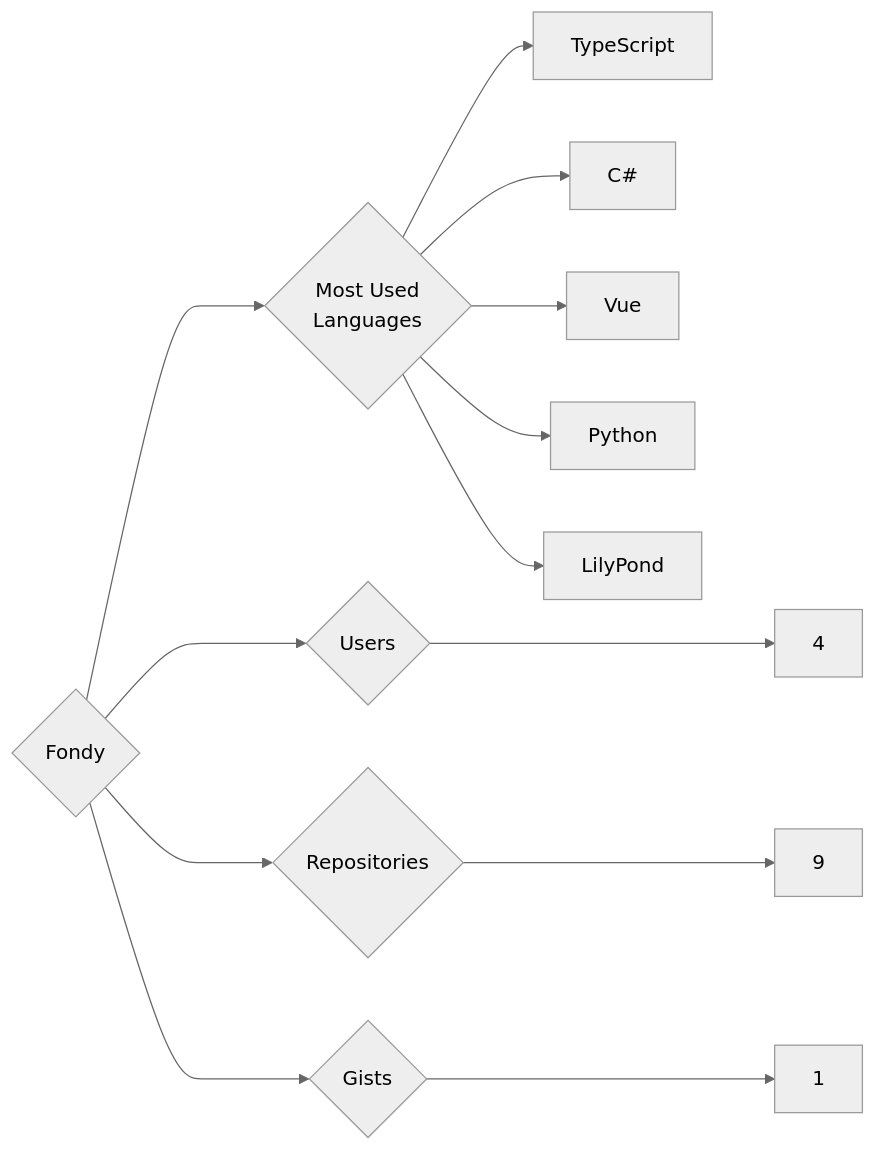
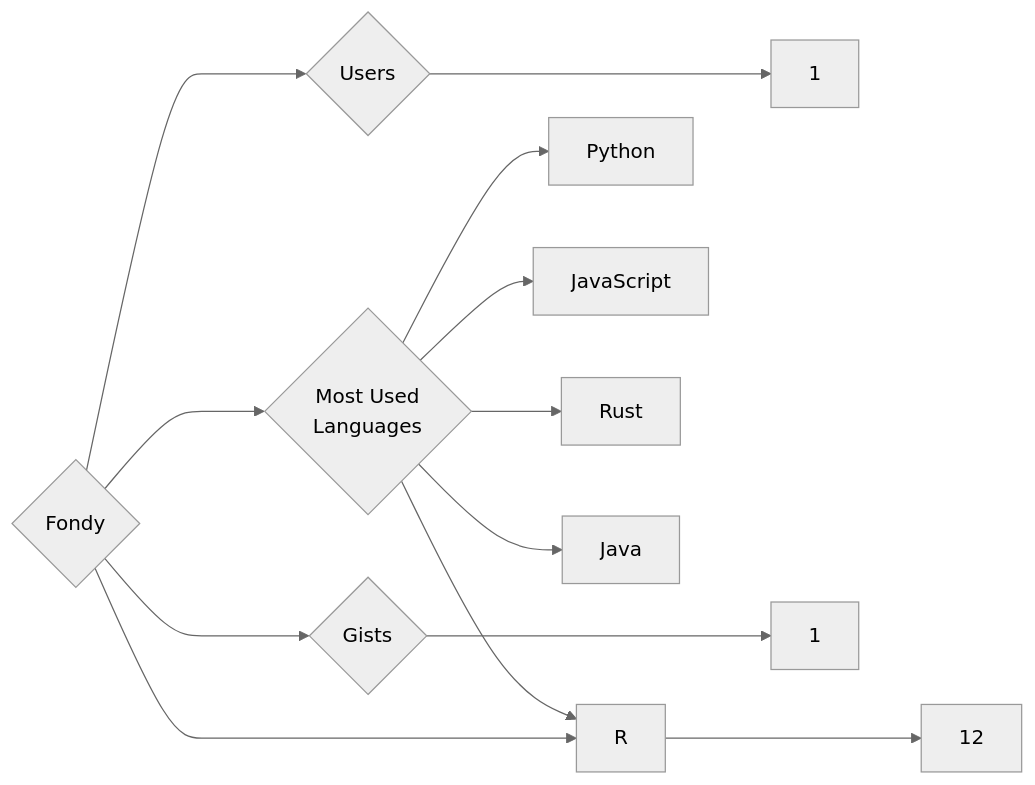
Before and after one commit to trickest/insiders: the diagram in targets/Fondy/README.md, drawn with Mermaid (neutral theme). The commit also changed 857 other files, not shown here.

````diff
--- a/targets/Fondy/README.md
+++ b/targets/Fondy/README.md
@@ -3,13 +3,13 @@
 ```mermaid
 graph LR
 COMPANY_NAME{Fondy}
-COMPANY_NAME ---> U{Users} ---> UN[4]
-COMPANY_NAME ---> R{Repositories} ---> RN[9]
+COMPANY_NAME ---> U{Users} ---> UN[1]
+COMPANY_NAME ---> R{Repositories} ---> RN[12]
 COMPANY_NAME ---> G{Gists} ---> GN[1]
 COMPANY_NAME ---> ML{Most Used<br>Languages}
-ML --> TypeScript[TypeScript]
-ML --> C#[C#]
-ML --> Vue[Vue]
 ML --> Python[Python]
-ML --> LilyPond[LilyPond]
+ML --> JavaScript[JavaScript]
+ML --> Rust[Rust]
+ML --> R[R]
+ML --> Java[Java]
 ```
````
